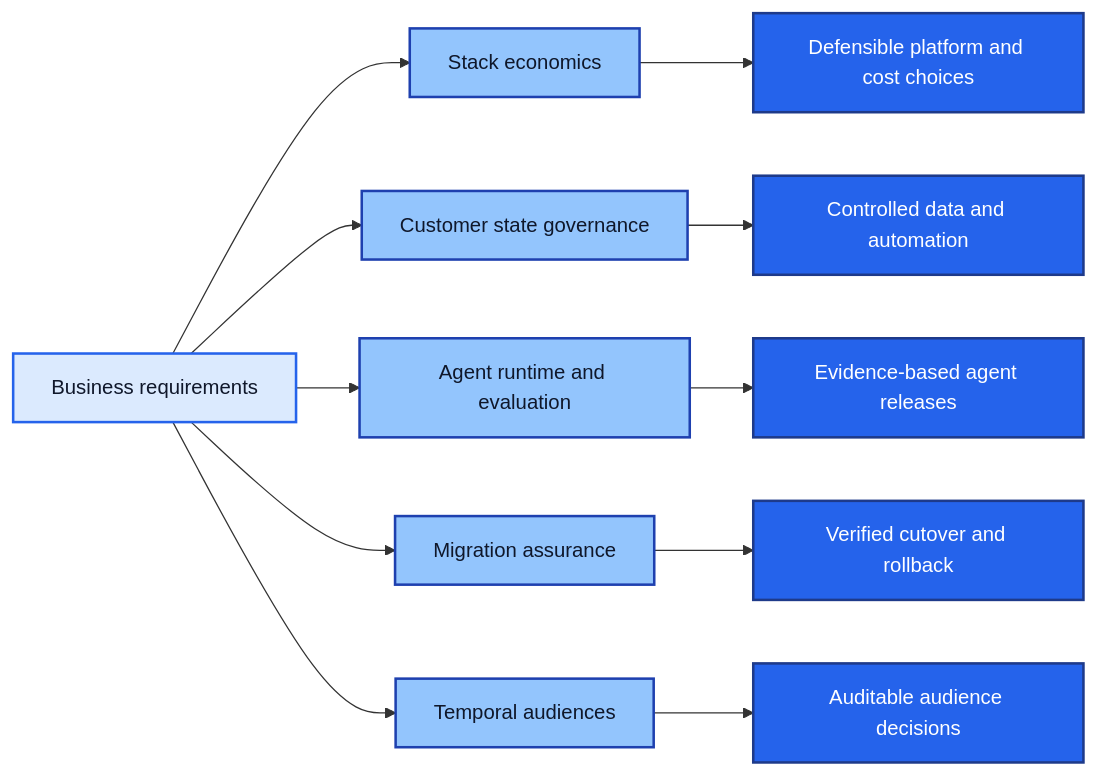
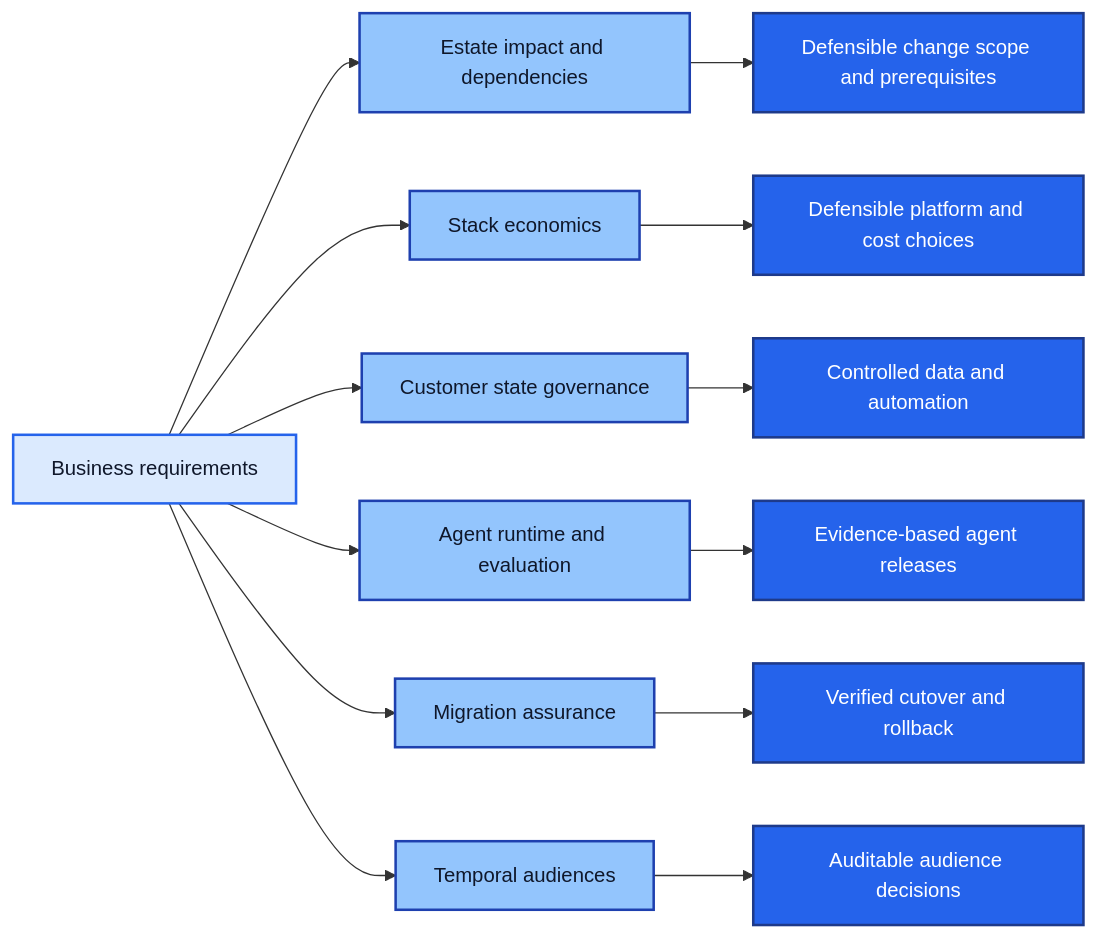
One commit to rlbsem/rlbsem changed the diagram in README.md. Above: the diagram before and after it, drawn with Mermaid. The commit also changed other lines of this file, not shown here.

Commit message:
Add MarTech Estate Impact to portfolio

````diff
--- a/README.md
+++ b/README.md
@@ -25,21 +26,23 @@
 ```mermaid
 flowchart LR
-    A[Business requirements] --> B[Stack economics]
+    A[Business requirements] --> L[Estate impact and dependencies]
+    A --> B[Stack economics]
     A --> C[Customer state governance]
     A --> D[Agent runtime and evaluation]
     A --> E[Migration assurance]
     A --> F[Temporal audiences]
+    L --> M[Defensible change scope and prerequisites]
     B --> G[Defensible platform and cost choices]
     C --> H[Controlled data and automation]
     D --> I[Evidence-based agent releases]
     E --> J[Verified cutover and rollback]
     F --> K[Auditable audience decisions]
 
     classDef source fill:#dbeafe,stroke:#2563eb,color:#0f172a,stroke-width:2px;
     classDef capability fill:#93c5fd,stroke:#1e40af,color:#0f172a,stroke-width:2px;
     classDef output fill:#2563eb,stroke:#1e3a8a,color:#ffffff,stroke-width:2px;
 
     class A source;
-    class B,C,D,E,F capability;
-    class G,H,I,J,K output;
+    class B,C,D,E,F,L capability;
+    class G,H,I,J,K,M output;
 ```
````
